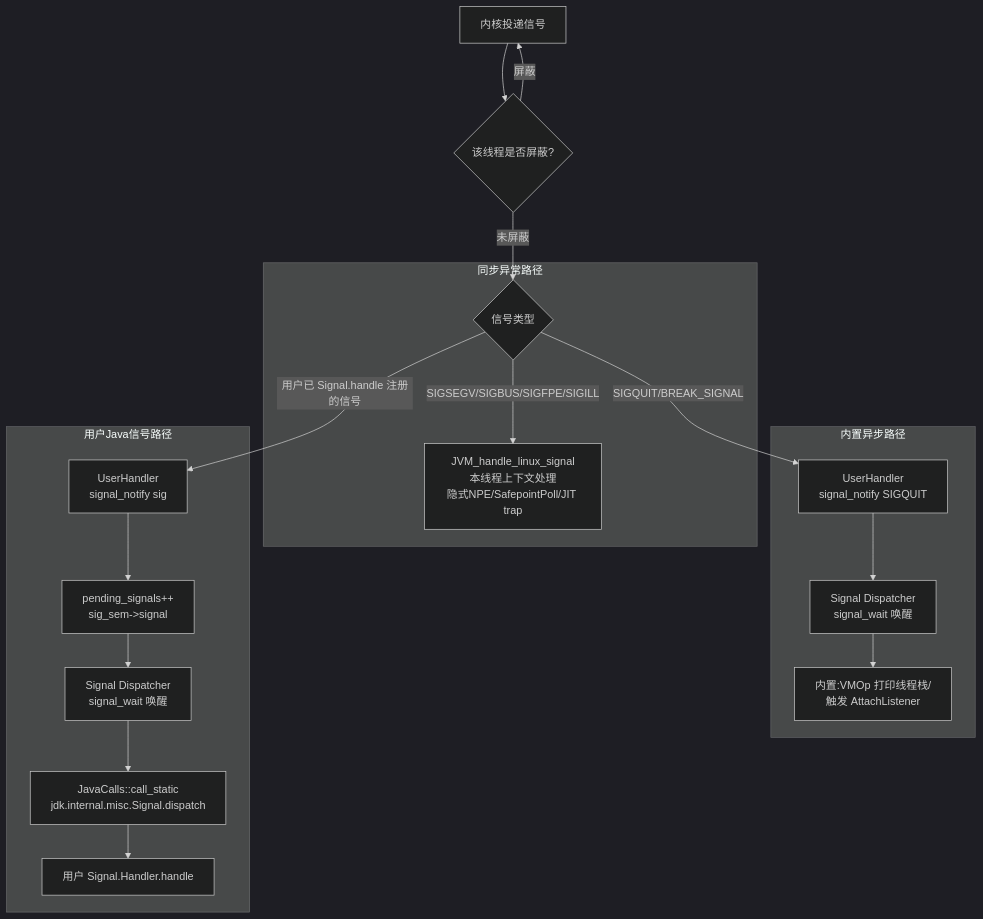
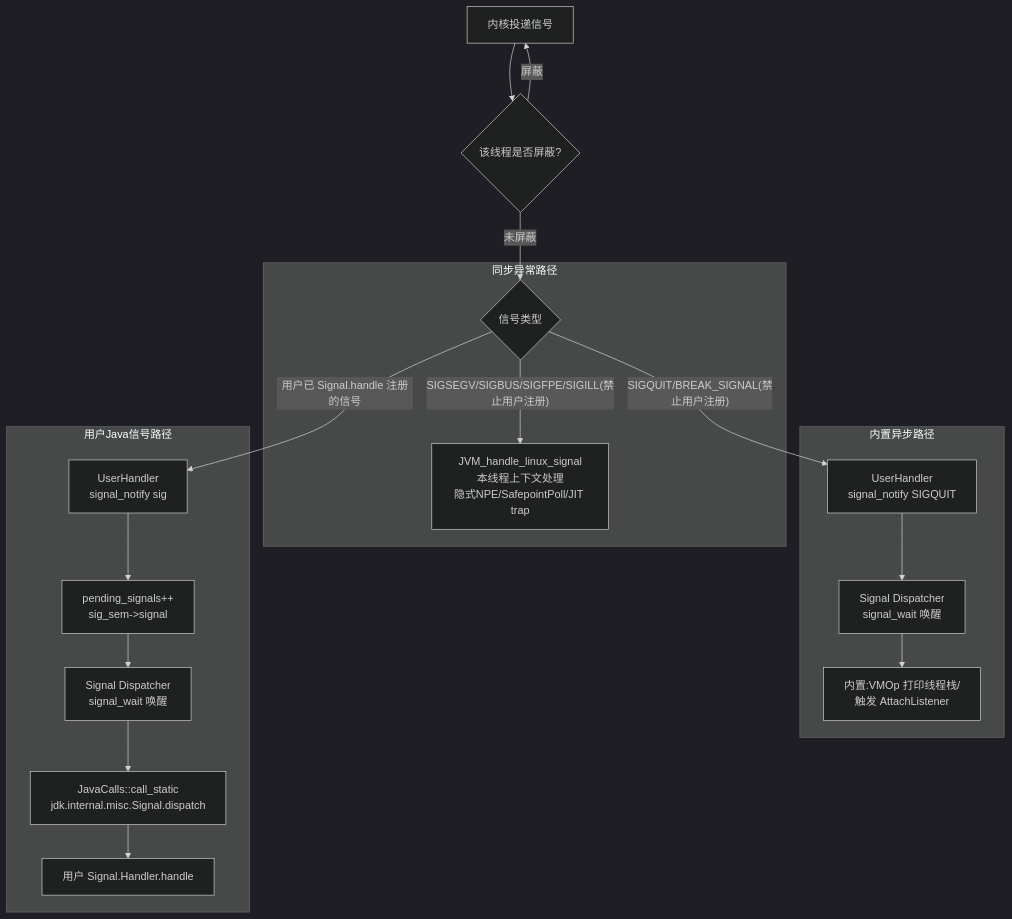
The diagram in docs/hotspot15/signal_handle.md (al2wyw/c_demo), drawn with Mermaid (dark theme) before and after one commit. The commit also changed 2 other files, not shown here.

Commit message:
refactor docs

````diff
--- a/docs/hotspot15/signal_handle.md
+++ b/docs/hotspot15/signal_handle.md
@@ -5,24 +5,24 @@
 ```mermaid
 flowchart TB
     A[内核投递信号] --> B{该线程是否屏蔽?}
     B -- 屏蔽 --> A
     B -- 未屏蔽 --> C{信号类型}
 
     subgraph 同步异常路径
-      C -- SIGSEGV/SIGBUS/SIGFPE/SIGILL --> D[JVM_handle_linux_signal<br/>本线程上下文处理<br/>隐式NPE/SafepointPoll/JIT trap]
+      C -- SIGSEGV/SIGBUS/SIGFPE/SIGILL(禁止用户注册) --> D[JVM_handle_linux_signal<br/>本线程上下文处理<br/>隐式NPE/SafepointPoll/JIT trap]
     end
 
     subgraph 内置异步路径
-      C -- SIGQUIT/BREAK_SIGNAL --> E[UserHandler<br/>signal_notify SIGQUIT]
+      C -- SIGQUIT/BREAK_SIGNAL(禁止用户注册) --> E[UserHandler<br/>signal_notify SIGQUIT]
       E --> F[Signal Dispatcher<br/>signal_wait 唤醒]
       F --> G[内置:VMOp 打印线程栈/<br/>触发 AttachListener]
     end
 
     subgraph 用户Java信号路径
       C -- 用户已 Signal.handle 注册的信号 --> H[UserHandler<br/>signal_notify sig]
       H --> I[pending_signals++<br/>sig_sem->signal]
       I --> J[Signal Dispatcher<br/>signal_wait 唤醒]
       J --> K[JavaCalls::call_static<br/>jdk.internal.misc.Signal.dispatch]
       K --> L[用户 Signal.Handler.handle]
     end
 ```
````
